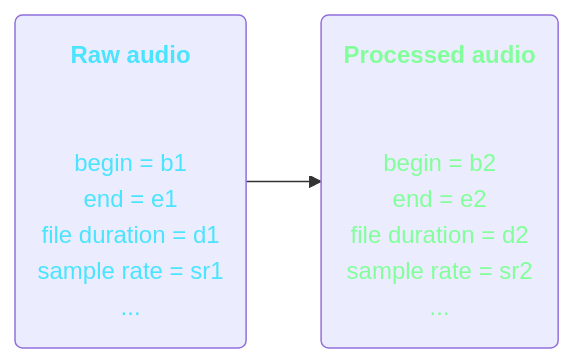
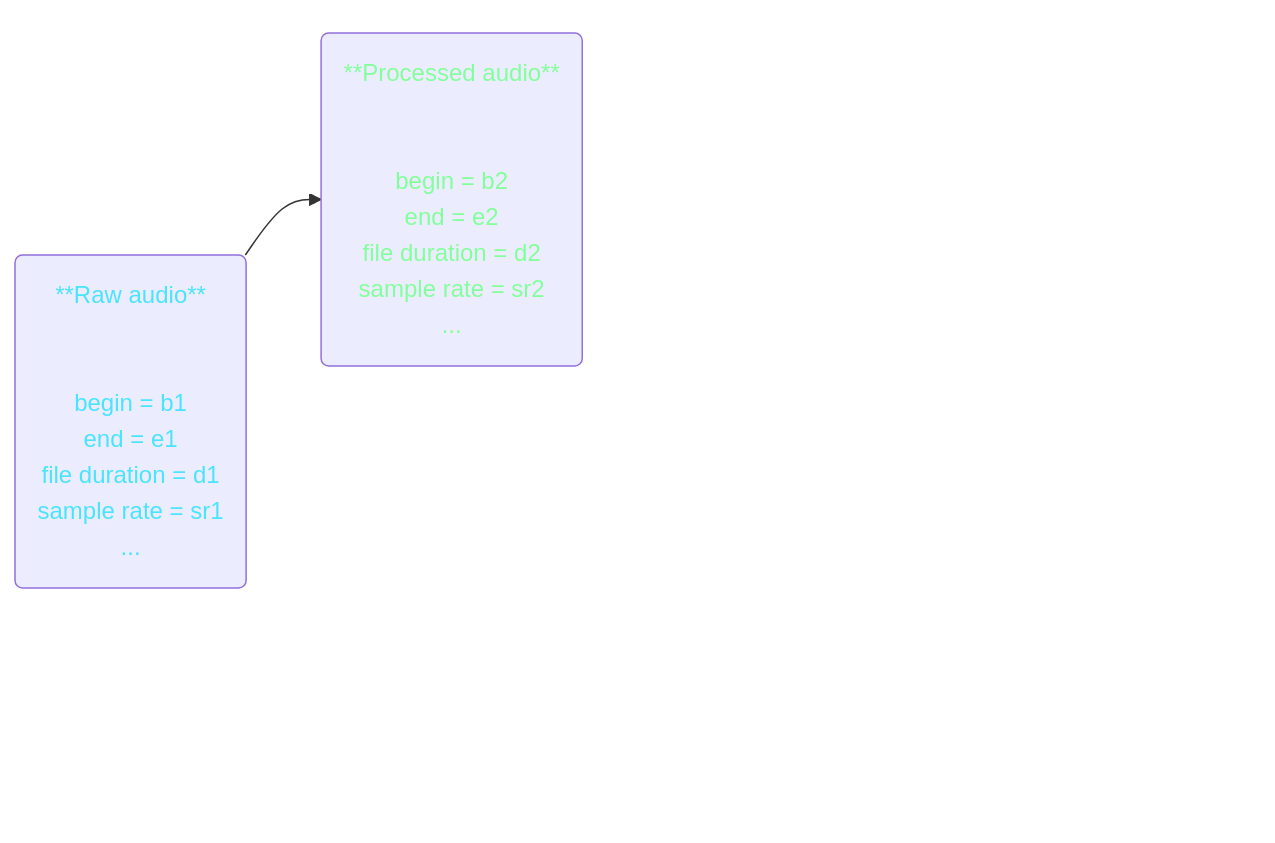
Before and after one commit to Gautzilla/OSEkit_rework_presentation: the second of 5 diagrams in slides/objectif.qmd, drawn with Mermaid. The commit also changed other lines of this file and 11 other files, not shown here.

Commit message:
better mermaid graphs

````diff
--- a/slides/objectif.qmd
+++ b/slides/objectif.qmd
@@ -18,22 +74,68 @@
 ```{mermaid}
 flowchart LR
-  raw("`**Raw audio**`"
+  raw(**Raw audio**
   <br>
   begin = b1
   end = e1
   file duration = d1
   sample rate = sr1
   ...
   ) 
-  --> 
-  processed("`**Processed audio**`"
+  -->
+  processed(**Processed audio**
   <br>
   begin = b2
   end = e2
   file duration = d2
   sample rate = sr2
   ...
   ) 
+  ~~~
+  FFT((FFT))
+  ~~~
+  spectro(Spectrogram
+  <br>
+  begin = b2
+  end = e2
+  duration = d2
+  sample rate = sr2
+  fft parameters
+  ...
+  ) 
+  ~~~
+  aplose(APLOSE) 
+
+  raw
+  ~~~
+  processed2(Processed audio
+  <br>
+  begin = b3
+  end = e3
+  file duration = d3
+  sample rate = sr3
+  ...
+  ) 
+  ~~~
+  FFT2((FFT2))
+  ~~~
+  spectro2(Spectrogram
+  <br>
+  begin = b3
+  end = e3
+  duration = d3
+  sample rate = sr3
+  fft2 parameters
+  ...
+  ) 
+  ~~~
+  aplose
+
   style raw color:#4ae4ff
   style processed color:#82ff9b
+  style spectro color:#0000,opacity:0%
+  style FFT opacity:0%,color:#0000
+  style processed2 opacity:0%,color:#0000
+  style spectro2 opacity:0%,color:#0000
+  style FFT2 opacity:0%,color:#0000
+  style aplose color:#0000,opacity:0%
 ```
````
